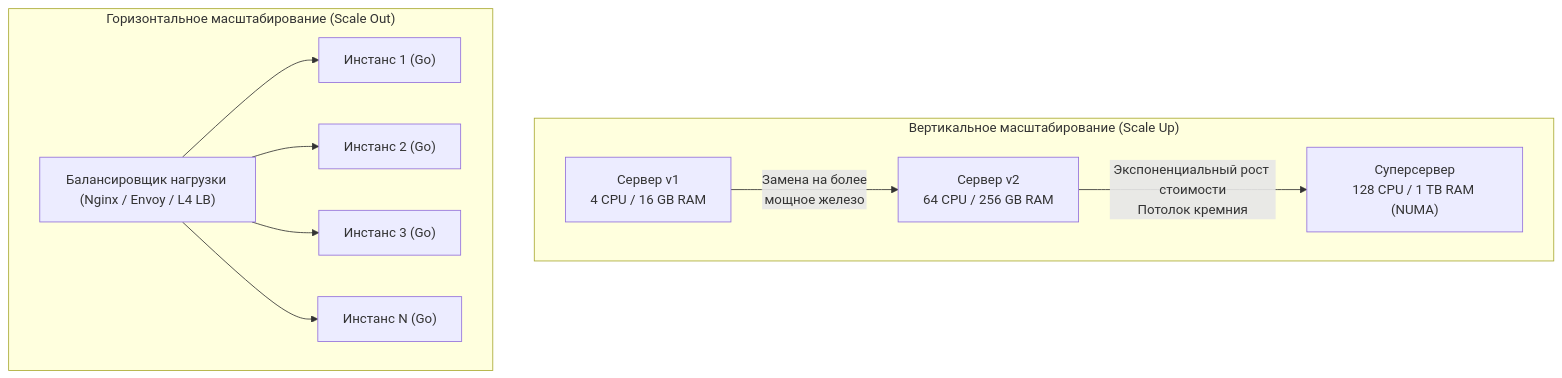
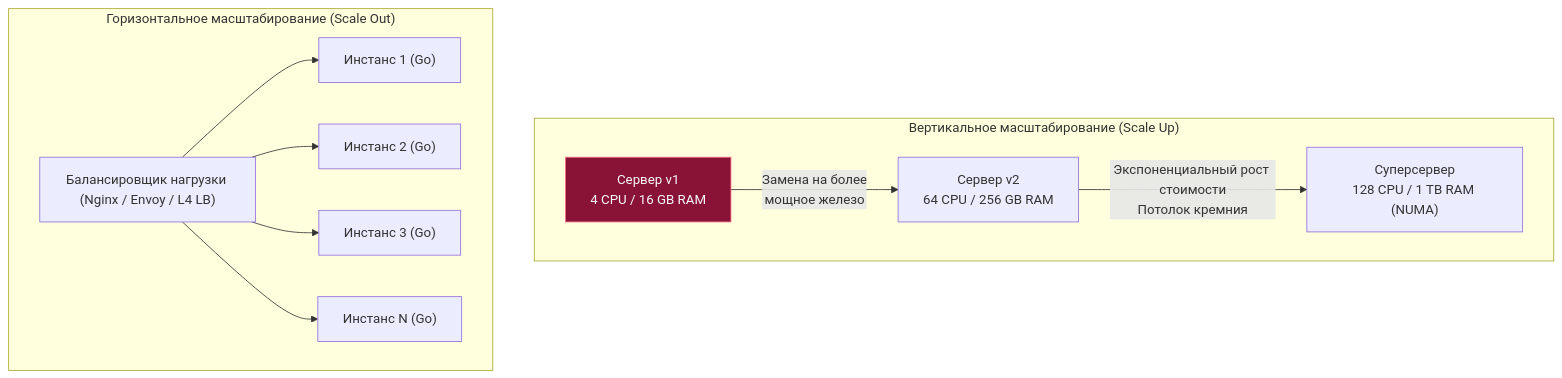
The diagram in sources/11. Архитектура и System Design/6. Вертикальное и горизонтальное масштабирование.md (UnrealTemplier/go-textbook), drawn with Mermaid before and after one commit. The commit also changed 1666 other files, not shown here.

First line of the commit message:
feat(mermaid): add semantic color classDef to 1369 colorless flowchart/graph diagrams

````diff
--- a/sources/11. Архитектура и System Design/6. Вертикальное и горизонтальное масштабирование.md
+++ b/sources/11. Архитектура и System Design/6. Вертикальное и горизонтальное масштабирование.md
@@ -16,20 +16,30 @@
 ```mermaid
 flowchart TD
+    classDef process  fill:#1e293b,stroke:#38bdf8,stroke-width:1px,color:#f8fafc
+    classDef success  fill:#064e3b,stroke:#34d399,stroke-width:1px,color:#f8fafc
+    classDef error    fill:#7f1d1d,stroke:#f87171,stroke-width:1px,color:#f8fafc
+    classDef warning  fill:#78350f,stroke:#fbbf24,stroke-width:1px,color:#f8fafc
+    classDef entry    fill:#1e3a5f,stroke:#38bdf8,stroke-width:2px,color:#f8fafc
+    classDef aux      fill:#334155,stroke:#64748b,stroke-width:1px,color:#f8fafc
+    classDef system   fill:#312e81,stroke:#a78bfa,stroke-width:1px,color:#f8fafc
+    classDef data     fill:#132d29,stroke:#2dd4bf,stroke-width:1px,color:#f8fafc
+    classDef network  fill:#881337,stroke:#fb7185,stroke-width:1px,color:#f8fafc
+    classDef accent   fill:#1e1b4b,stroke:#818cf8,stroke-width:1px,color:#f8fafc
     subgraph Vertical["Вертикальное масштабирование (Scale Up)"]
-        V1["Сервер v1<br>4 CPU / 16 GB RAM"] -->|"Замена на более<br>мощное железо"| V2["Сервер v2<br>64 CPU / 256 GB RAM"]
+        V1["Сервер v1<br>4 CPU / 16 GB RAM"]:::network -->|"Замена на более<br>мощное железо"| V2["Сервер v2<br>64 CPU / 256 GB RAM"]
         V2 -->|"Экспоненциальный рост стоимости<br>Потолок кремния"| V3["Суперсервер<br>128 CPU / 1 TB RAM (NUMA)"]
     end
 
     subgraph Horizontal["Горизонтальное масштабирование (Scale Out)"]
         LB["Балансировщик нагрузки (Nginx / Envoy / L4 LB)"]
         H1["Инстанс 1 (Go)"]
         H2["Инстанс 2 (Go)"]
         H3["Инстанс 3 (Go)"]
         H4["Инстанс N (Go)"]
         
         LB --> H1
         LB --> H2
         LB --> H3
         LB --> H4
     end
 ```
````
